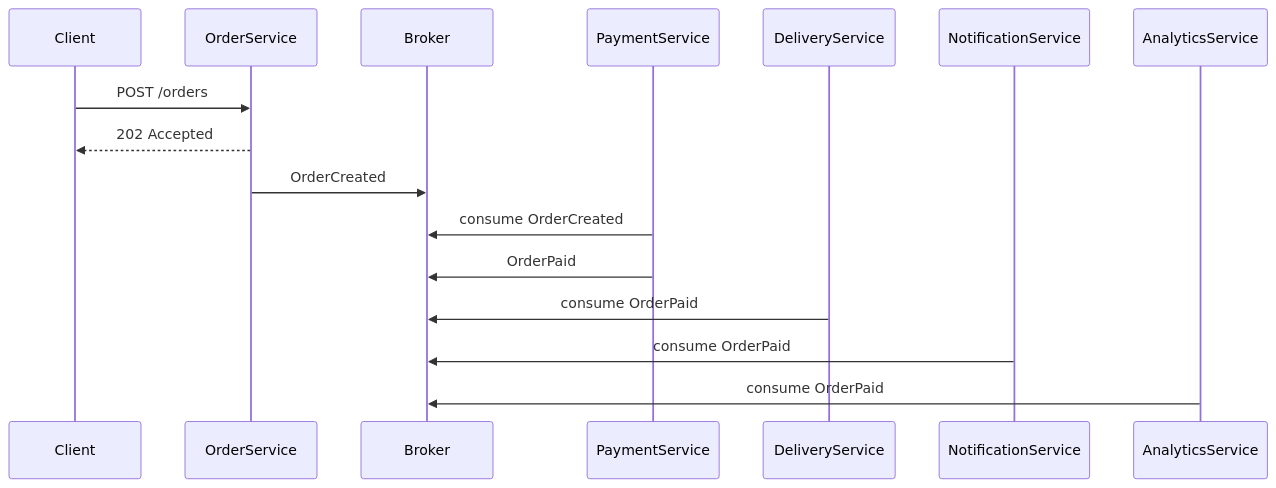
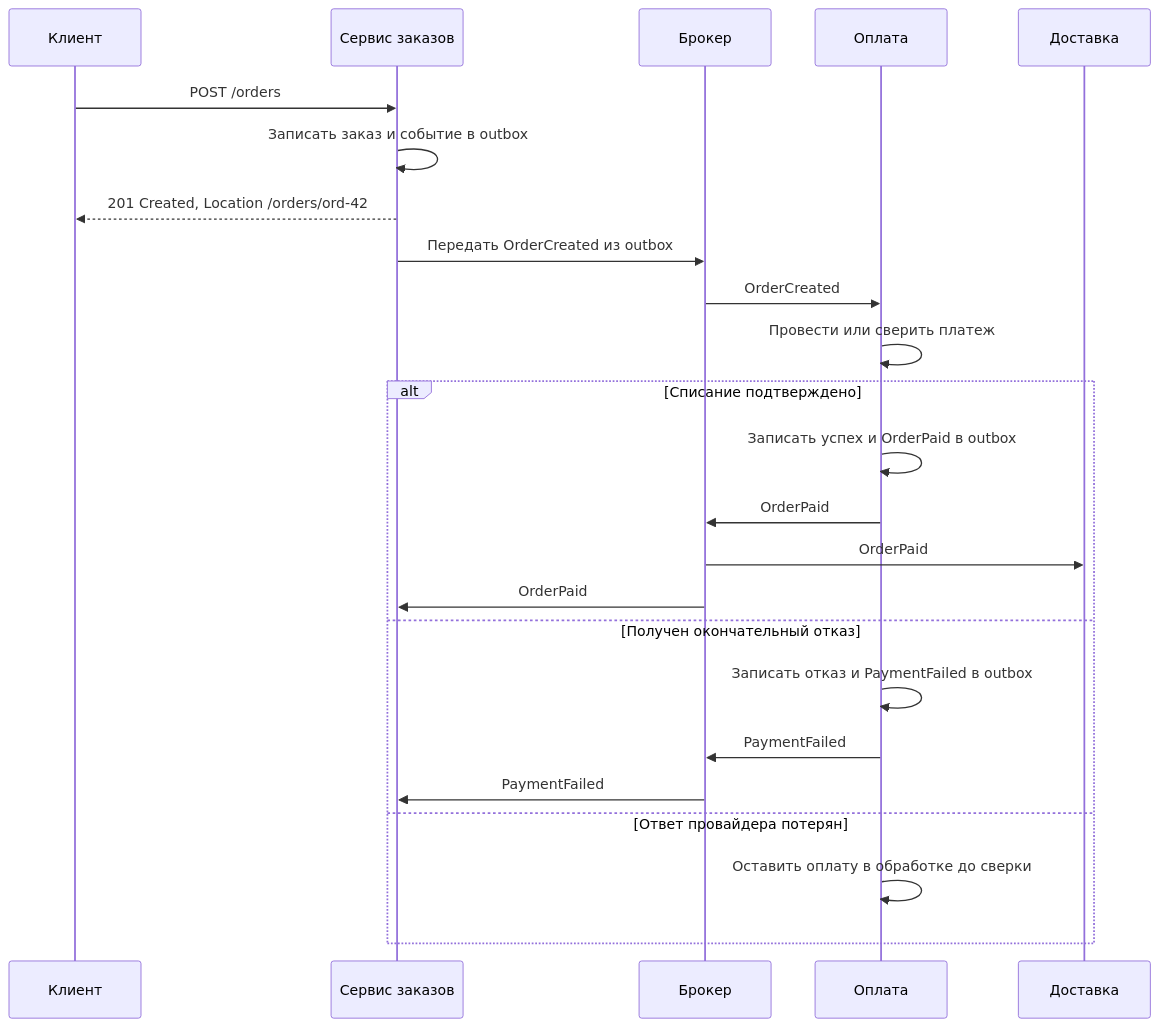
Diagram 17 of 17 in content/lectures/Lec11/vitepress.md (Kert0n/KPO), drawn with Mermaid before and after one commit. The commit also changed other lines of this file, not shown here.

````diff
--- a/content/lectures/Lec11/vitepress.md
+++ b/content/lectures/Lec11/vitepress.md
@@ -1550,19 +1310,26 @@
 ```mermaid
 sequenceDiagram
-    participant Client
-    participant Orders as OrderService
-    participant Broker
-    participant Payments as PaymentService
-    participant Delivery as DeliveryService
-    participant Notifications as NotificationService
-    participant Analytics as AnalyticsService
-
+    participant Client as Клиент
+    participant Orders as Сервис заказов
+    participant Broker as Брокер
+    participant Payments as Оплата
+    participant Delivery as Доставка
     Client->>Orders: POST /orders
-    Orders-->>Client: 202 Accepted
-    Orders->>Broker: OrderCreated
-    Payments->>Broker: consume OrderCreated
-    Payments->>Broker: OrderPaid
-    Delivery->>Broker: consume OrderPaid
-    Notifications->>Broker: consume OrderPaid
-    Analytics->>Broker: consume OrderPaid
+    Orders->>Orders: Записать заказ и событие в outbox
+    Orders-->>Client: 201 Created, Location /orders/ord-42
+    Orders->>Broker: Передать OrderCreated из outbox
+    Broker->>Payments: OrderCreated
+    Payments->>Payments: Провести или сверить платеж
+    alt Списание подтверждено
+        Payments->>Payments: Записать успех и OrderPaid в outbox
+        Payments->>Broker: OrderPaid
+        Broker->>Delivery: OrderPaid
+        Broker->>Orders: OrderPaid
+    else Получен окончательный отказ
+        Payments->>Payments: Записать отказ и PaymentFailed в outbox
+        Payments->>Broker: PaymentFailed
+        Broker->>Orders: PaymentFailed
+    else Ответ провайдера потерян
+        Payments->>Payments: Оставить оплату в обработке до сверки
+    end
 ```
````
